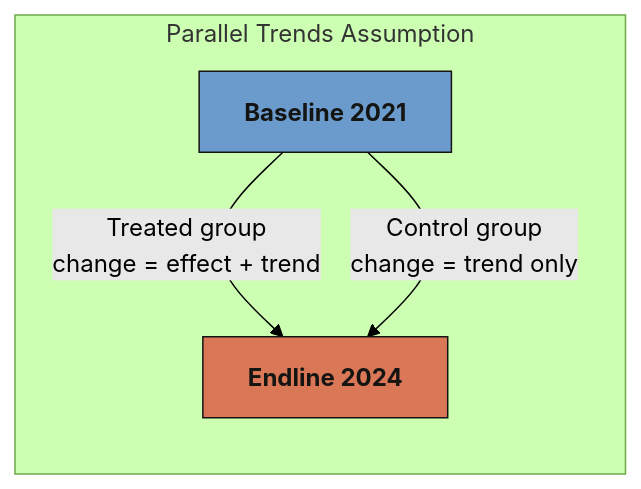
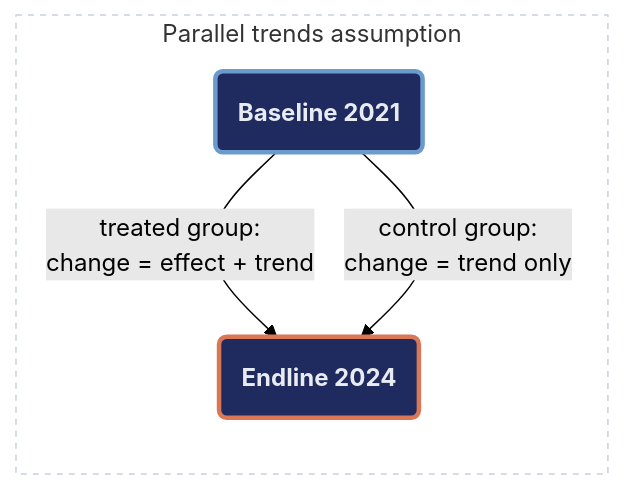
Before and after one commit to cmg777/starter-academic-v501: the seventh of 8 diagrams in content/post/stata_rct/index.md, drawn with Mermaid (forest theme). The commit also changed other lines of this file and 2 other files, not shown here.

First line of the commit message:
content(mermaid): restyle flowcharts in stata_rct, python_dowhy, r_estimateW (pilot)

````diff
--- a/content/post/stata_rct/index.md
+++ b/content/post/stata_rct/index.md
@@ -1081,13 +1084,15 @@
 ```mermaid
 graph LR
-    subgraph "Parallel Trends Assumption"
-    PRE["<b>Baseline 2021</b>"]
-    POST["<b>Endline 2024</b>"]
+    subgraph PT["Parallel trends assumption"]
+    PRE("<b>Baseline 2021</b>")
+    POST("<b>Endline 2024</b>")
     end
 
-    PRE -->|"Treated group<br/>change = effect + trend"| POST
-    PRE -->|"Control group<br/>change = trend only"| POST
-
-    style PRE fill:#6a9bcc,stroke:#141413,color:#141413
-    style POST fill:#d97757,stroke:#141413,color:#141413
+    PRE -->|"treated group:<br/>change = effect + trend"| POST
+    PRE -->|"control group:<br/>change = trend only"| POST
+    style PT fill:none,stroke:#c8d0e0,stroke-width:1px,stroke-dasharray:4 4
+    classDef blue fill:#1f2b5e,stroke:#6a9bcc,stroke-width:3px,color:#e8ecf2
+    classDef orange fill:#1f2b5e,stroke:#d97757,stroke-width:3px,color:#e8ecf2
+    class PRE blue
+    class POST orange
 ```
````
